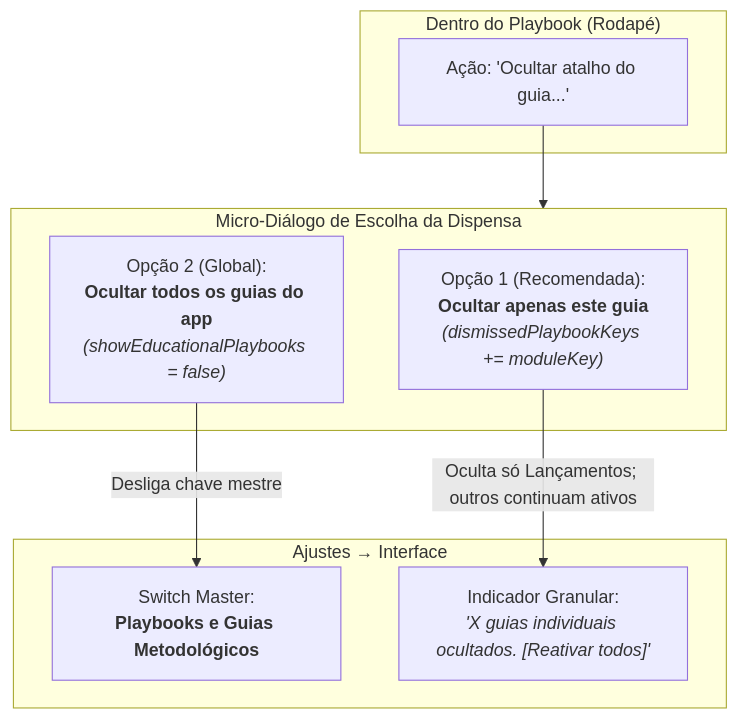
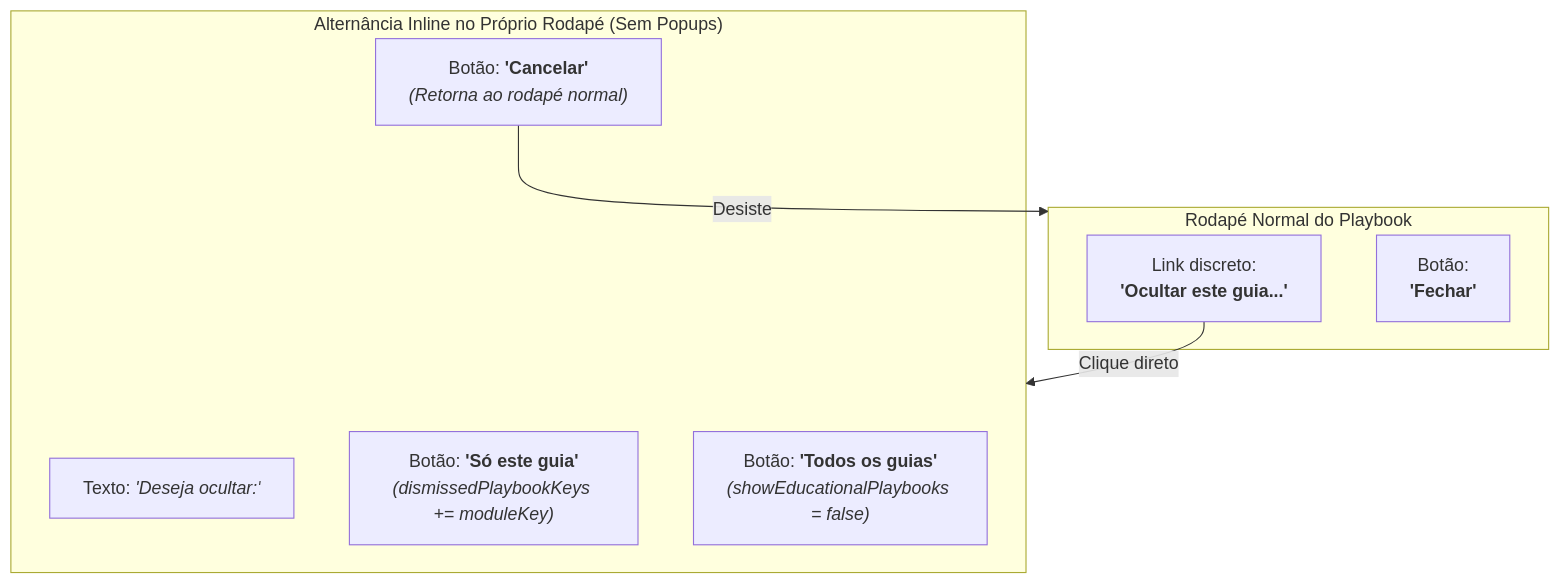
One commit to gabri3lsal3s/financasNew changed the second of 3 diagrams in docs/plans/PLANO_AUDITORIA_LARGURA_BOTOES_E_SISTEMA_PLAYBOOKS_EDUCATIVOS.md. Above: the diagram before and after it, drawn with Mermaid. The commit also changed other lines of this file and 82 other files, not shown here.

````diff
--- a/docs/plans/PLANO_AUDITORIA_LARGURA_BOTOES_E_SISTEMA_PLAYBOOKS_EDUCATIVOS.md
+++ b/docs/plans/PLANO_AUDITORIA_LARGURA_BOTOES_E_SISTEMA_PLAYBOOKS_EDUCATIVOS.md
@@ -169,20 +270,17 @@
 ```mermaid
 flowchart TD
-    subgraph GatilhoModal["Dentro do Playbook (Rodapé)"]
-        BTN["Ação: 'Ocultar atalho do guia...'"]
+    subgraph EstadoNormal["Rodapé Normal do Playbook"]
+        LNK["Link discreto:<br/><b>'Ocultar este guia...'</b>"]
+        CLS["Botão:<br/><b>'Fechar'</b>"]
     end
 
-    subgraph EscolhaDeliberada["Micro-Diálogo de Escolha da Dispensa"]
-        OP1["Opção 1 (Recomendada):<br/><b>Ocultar apenas este guia</b><br/><i>(dismissedPlaybookKeys += moduleKey)</i>"]
-        OP2["Opção 2 (Global):<br/><b>Ocultar todos os guias do app</b><br/><i>(showEducationalPlaybooks = false)</i>"]
+    subgraph EstadoInline["Alternância Inline no Próprio Rodapé (Sem Popups)"]
+        TXT["Texto: <i>'Deseja ocultar:'</i>"]
+        B1["Botão: <b>'Só este guia'</b><br/><i>(dismissedPlaybookKeys += moduleKey)</i>"]
+        B2["Botão: <b>'Todos os guias'</b><br/><i>(showEducationalPlaybooks = false)</i>"]
+        B3["Botão: <b>'Cancelar'</b><br/><i>(Retorna ao rodapé normal)</i>"]
     end
 
-    subgraph AjustesUI["Ajustes → Interface"]
-        MASTER["Switch Master:<br/><b>Playbooks e Guias Metodológicos</b>"]
-        RESTORE["Indicador Granular:<br/><i>'X guias individuais ocultados. [Reativar todos]'</i>"]
-    end
-
-    BTN --> EscolhaDeliberada
-    OP1 -->|Oculta só Lançamentos; outros continuam ativos| RESTORE
-    OP2 -->|Desliga chave mestre| MASTER
+    LNK -->|Clique direto| EstadoInline
+    B3 -->|Desiste| EstadoNormal
 ```
````
